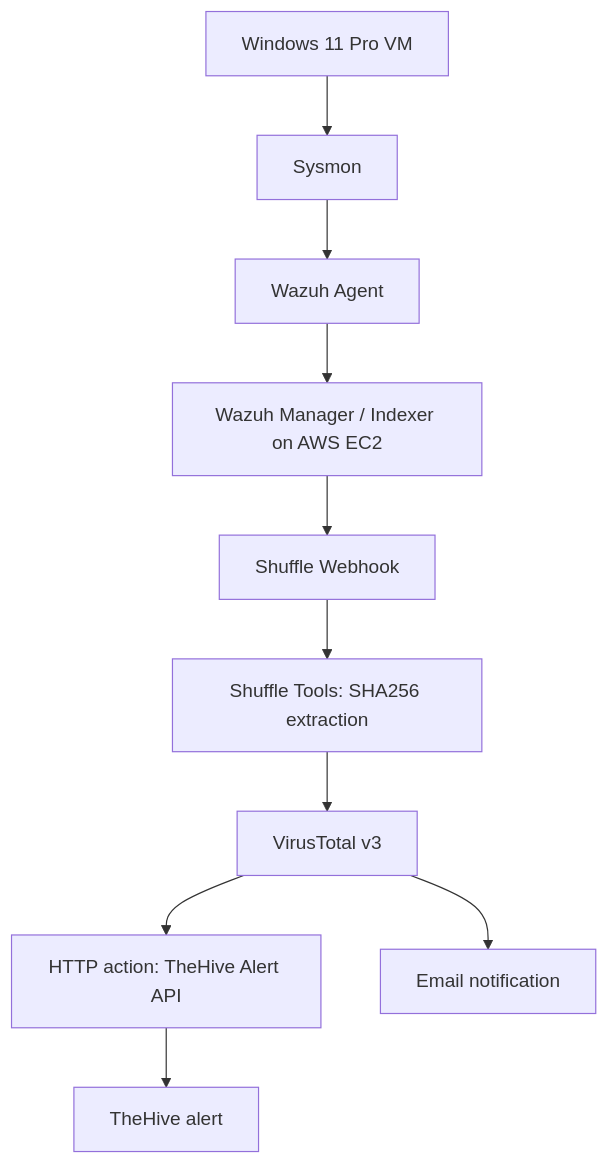
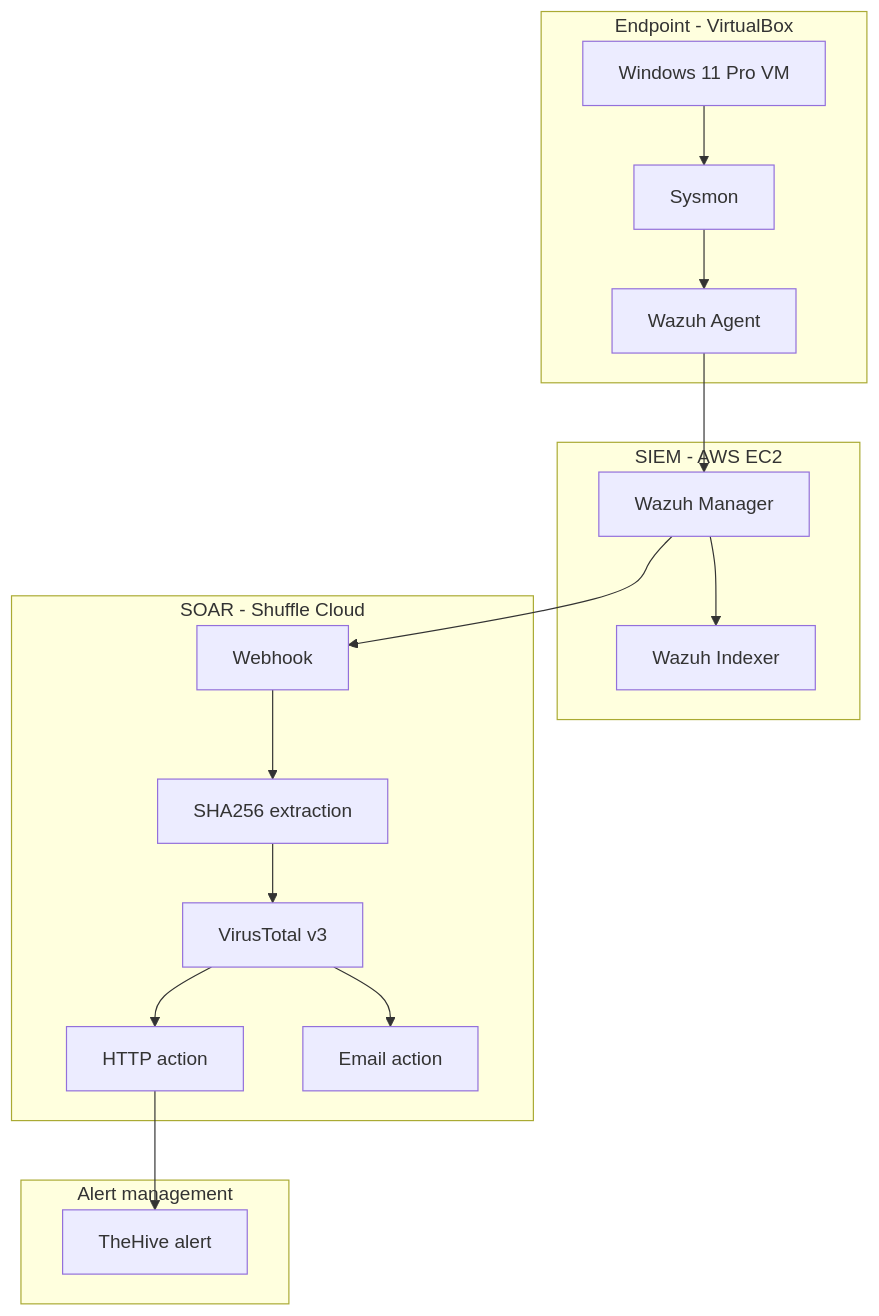
The diagram in README.md (aryazz-labs/SOC-Automation-Lab-AWS), drawn with Mermaid before and after one commit. The commit also changed other lines of this file, not shown here.

````diff
--- a/README.md
+++ b/README.md
@@ -18,12 +27,22 @@
 ```mermaid
 flowchart TD
-  A[Windows 11 Pro VM] --> B[Sysmon]
-  B --> C[Wazuh Agent]
-  C --> D[Wazuh Manager / Indexer on AWS EC2]
-  D --> E[Shuffle Webhook]
-  E --> F[Shuffle Tools: SHA256 extraction]
-  F --> G[VirusTotal v3]
-  G --> H[HTTP action: TheHive Alert API]
-  H --> I[TheHive alert]
-  G --> J[Email notification]
+  subgraph Endpoint["Endpoint - VirtualBox"]
+    A["Windows 11 Pro VM"] --> B["Sysmon"]
+    B --> C["Wazuh Agent"]
+  end
+  subgraph SIEM["SIEM - AWS EC2"]
+    D["Wazuh Manager"] --> E["Wazuh Indexer"]
+  end
+  subgraph SOAR["SOAR - Shuffle Cloud"]
+    F["Webhook"] --> G["SHA256 extraction"]
+    G --> H["VirusTotal v3"]
+    H --> I["HTTP action"]
+    H --> J["Email action"]
+  end
+  subgraph AlertManagement["Alert management"]
+    K["TheHive alert"]
+  end
+  C --> D
+  D --> F
+  I --> K
 ```
````
